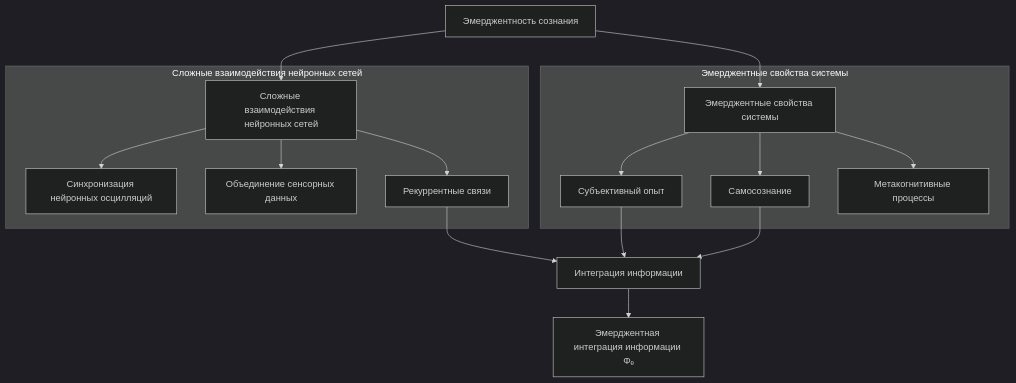
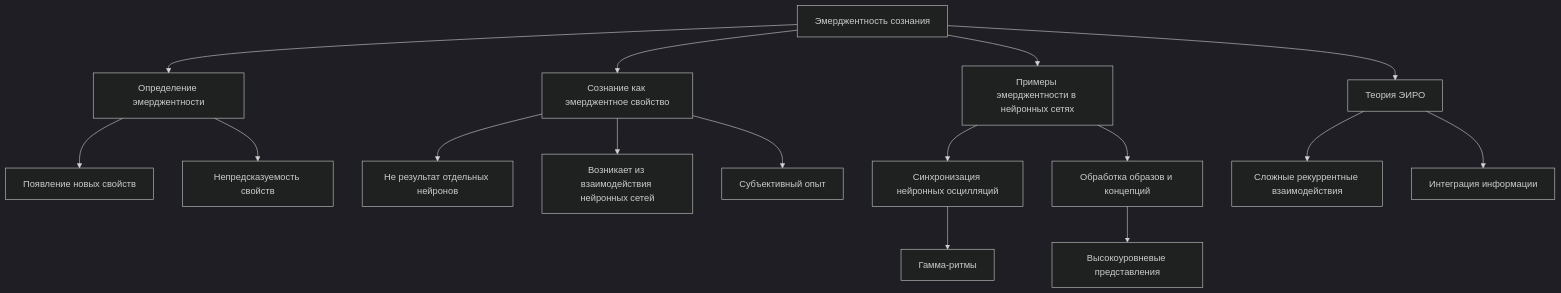
One commit to commeta/consciousness changed the fourth of 11 diagrams in README.md. Above: the diagram before and after it, drawn with Mermaid (dark theme).

````diff
--- a/README.md
+++ b/README.md
@@ -718,32 +718,21 @@
 ```mermaid
 graph TD
-    A[Эмерджентность сознания]
-    A --> B[Сложные взаимодействия нейронных сетей]
-    A --> C[Эмерджентные свойства системы]
-
-    %% Детализация сложных взаимодействий
-    subgraph Interactions [Сложные взаимодействия нейронных сетей]
-        B1[Синхронизация нейронных осцилляций]
-        B2[Объединение сенсорных данных]
-        B3[Рекуррентные связи]
-        B --> B1
-        B --> B2
-        B --> B3
-    end
-
-    %% Детализация эмерджентных свойств
-    subgraph Properties [Эмерджентные свойства системы]
-        C1[Субъективный опыт]
-        C2[Самосознание]
-        C3[Метакогнитивные процессы]
-        C --> C1
-        C --> C2
-        C --> C3
-    end
-
-    %% Связь с теорией ЭИРО
-    B3 --> D[Интеграция информации]
-    C1 --> D
-    C2 --> D
-    D --> E[Эмерджентная интеграция информации Φₑ]
+    A[Эмерджентность сознания] --> B[Определение эмерджентности]
+    B --> C[Появление новых свойств]
+    B --> D[Непредсказуемость свойств]
+    
+    A --> E[Сознание как эмерджентное свойство]
+    E --> F[Не результат отдельных нейронов]
+    E --> G[Возникает из взаимодействия нейронных сетей]
+    E --> H[Субъективный опыт]
+    
+    A --> I[Примеры эмерджентности в нейронных сетях]
+    I --> J[Синхронизация нейронных осцилляций]
+    J --> K[Гамма-ритмы]
+    I --> L[Обработка образов и концепций]
+    L --> M[Высокоуровневые представления]
+    
+    A --> N[Теория ЭИРО]
+    N --> O[Сложные рекуррентные взаимодействия]
+    N --> P[Интеграция информации]
 ```
````
